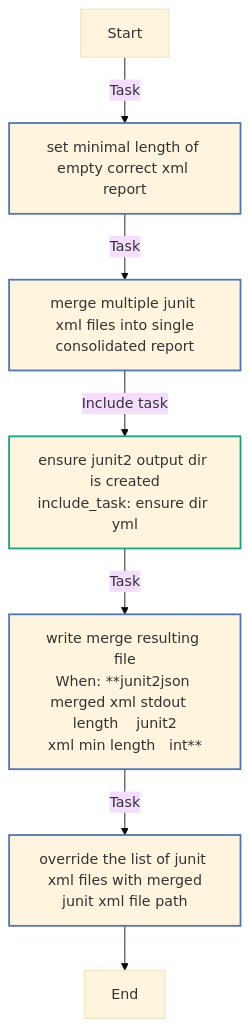
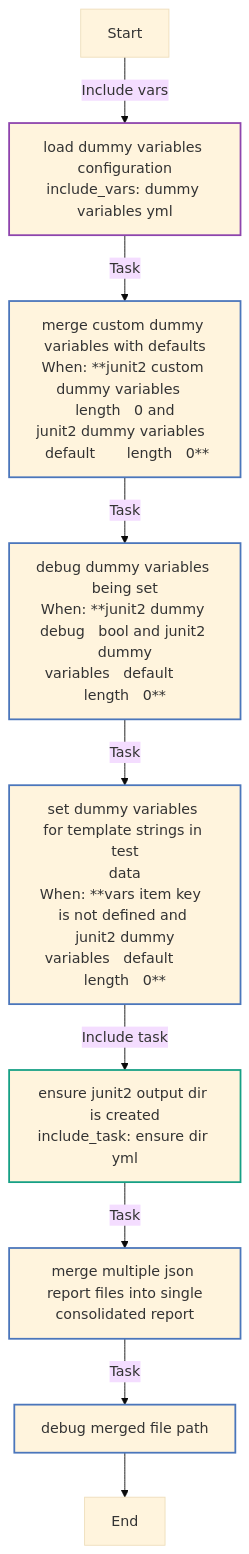
The second of 6 diagrams in playbooks/infra/reporting/roles/junit2json/README.md (mvk/eco-ci-cd), drawn with Mermaid (base theme) before and after one commit. The commit also changed other lines of this file and 2 other files, not shown here.

First line of the commit message:
ROLE: update role `junit2json`

````diff
--- a/playbooks/infra/reporting/roles/junit2json/README.md
+++ b/playbooks/infra/reporting/roles/junit2json/README.md
@@ -192,19 +182,21 @@
 ```mermaid
 flowchart TD
 Start
 classDef block stroke:#3498db,stroke-width:2px;
 classDef task stroke:#4b76bb,stroke-width:2px;
 classDef includeTasks stroke:#16a085,stroke-width:2px;
 classDef importTasks stroke:#34495e,stroke-width:2px;
 classDef includeRole stroke:#2980b9,stroke-width:2px;
 classDef importRole stroke:#699ba7,stroke-width:2px;
 classDef includeVars stroke:#8e44ad,stroke-width:2px;
 classDef rescue stroke:#665352,stroke-width:2px;
 
-  Start-->|Task| Set_minimal_length_of_empty_correct_xml_report0[set minimal length of empty correct xml report]:::task
-  Set_minimal_length_of_empty_correct_xml_report0-->|Task| Merge_multiple_JUnit_XML_files_into_single_consolidated_report1[merge multiple junit xml files into single<br>consolidated report]:::task
-  Merge_multiple_JUnit_XML_files_into_single_consolidated_report1-->|Include task| ensure_dir_yml2[ensure junit2 output dir is created<br>include_task: ensure dir yml]:::includeTasks
-  ensure_dir_yml2-->|Task| Write_merge_resulting_file3[write merge resulting file<br>When: **junit2json merged xml stdout   length    junit2<br>xml min length   int**]:::task
-  Write_merge_resulting_file3-->|Task| Override_the_list_of_JUnit_XML_files_with_merged_JUnit_XML_file_path4[override the list of junit xml files with merged<br>junit xml file path]:::task
-  Override_the_list_of_JUnit_XML_files_with_merged_JUnit_XML_file_path4-->End
+  Start-->|Include vars| dummy_variables_yml0[load dummy variables configuration<br>include_vars: dummy variables yml]:::includeVars
+  dummy_variables_yml0-->|Task| Merge_custom_dummy_variables_with_defaults1[merge custom dummy variables with defaults<br>When: **junit2 custom dummy variables   length   0 and<br>junit2 dummy variables   default       length   0**]:::task
+  Merge_custom_dummy_variables_with_defaults1-->|Task| Debug_dummy_variables_being_set2[debug dummy variables being set<br>When: **junit2 dummy debug   bool and junit2 dummy<br>variables   default       length   0**]:::task
+  Debug_dummy_variables_being_set2-->|Task| Set_dummy_variables_for_template_strings_in_test_data3[set dummy variables for template strings in test<br>data<br>When: **vars item key  is not defined and junit2 dummy<br>variables   default       length   0**]:::task
+  Set_dummy_variables_for_template_strings_in_test_data3-->|Include task| ensure_dir_yml4[ensure junit2 output dir is created<br>include_task: ensure dir yml]:::includeTasks
+  ensure_dir_yml4-->|Task| Merge_multiple_JSON_report_files_into_single_consolidated_report5[merge multiple json report files into single<br>consolidated report]:::task
+  Merge_multiple_JSON_report_files_into_single_consolidated_report5-->|Task| Debug_merged_file_path6[debug merged file path]:::task
+  Debug_merged_file_path6-->End
 ```
````
